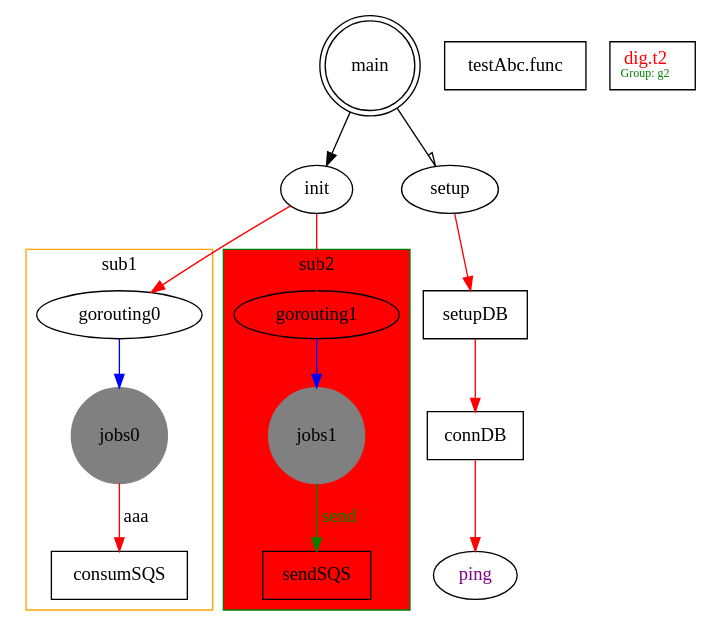
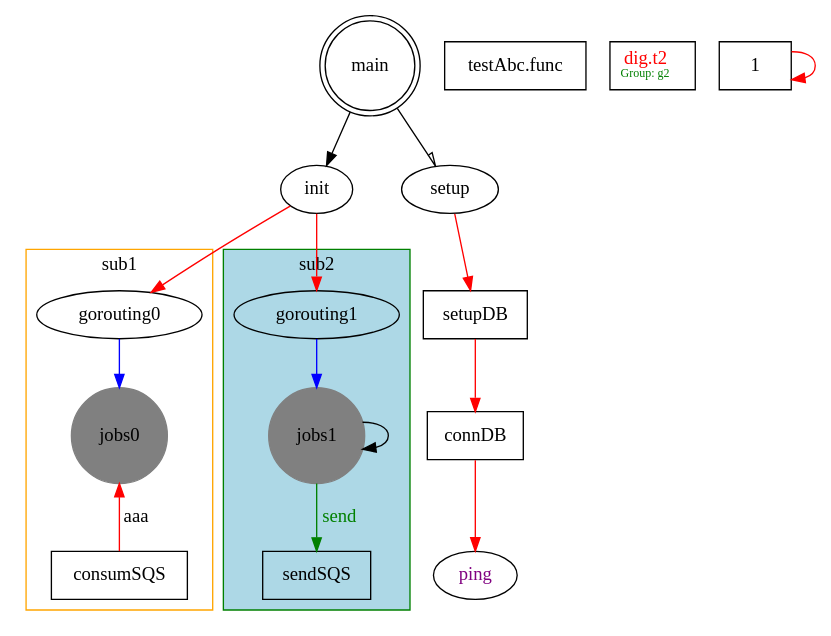
Before and after one commit to lpxxn/dot_graph: the diagram in simple1.dot, drawn with Graphviz.

```diff
--- a/simple1.dot
+++ b/simple1.dot
@@ -1,39 +1,41 @@
 digraph G {
     //size ="3,11";
     //rankdir=LR; 图默认是竖着展示，可以通过randk direction去控制方向
     main[shape=doublecircle] // https://graphviz.org/doc/info/shapes.html
     main -> init;
     main -> setup [arrowhead=olnormal]; // https://graphviz.org/doc/info/arrows.html
     node [shape=box];
     edge [color=red];
     setup -> setupDB;
     setupDB -> connDB;
     ping[shape=ellipse, fontcolor=purple];
     connDB -> ping;
     init -> gorouting0 [];
     init -> gorouting1 [];
     "testAbc.func" // 有特殊字符.要加双引号
     "dig.t2[group=g2]1" [label=<dig.t2<BR /><FONT POINT-SIZE="9" color="green">Group: g2</FONT>>, fontcolor=red];
 
     
     //graph [compound=true];
      subgraph cluster1 {
         label = "sub1"
         color=orange;
         gorouting0 [shape = ellipse];
         jobs0 [shape = circle, style=filled,color=grey];
         gorouting0 -> jobs0 [color=blue];
-        jobs0 -> consumSQS [label="aaa"];
+        jobs0 -> consumSQS [label="aaa", dir=back]; // dir 控制箭头方向
     }
 
     subgraph cluster2 {
         label = "sub2"
         color=green;
-        bgcolor = red;
+        bgcolor = lightblue;
 
         gorouting1 [shape = ellipse];
         jobs1 [shape = circle, style=filled,color=grey];
+        jobs1 -> jobs1 [color=black];
         gorouting1 -> jobs1 [color=blue];
         jobs1 -> sendSQS [label="send",color=green,fontcolor=green];
     }
+    1->1;
 }
```
